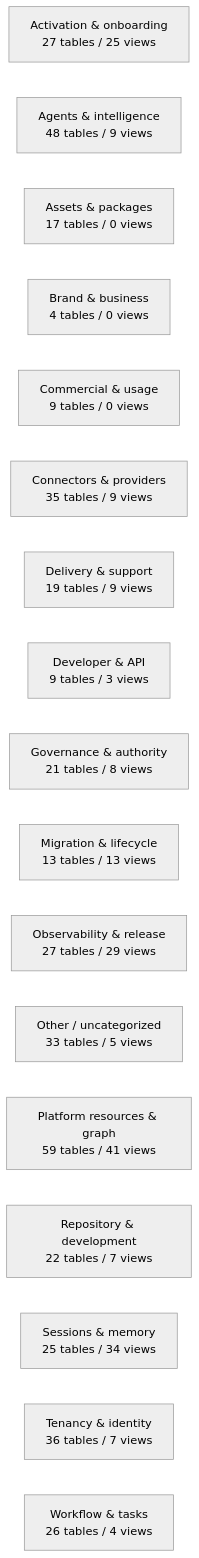
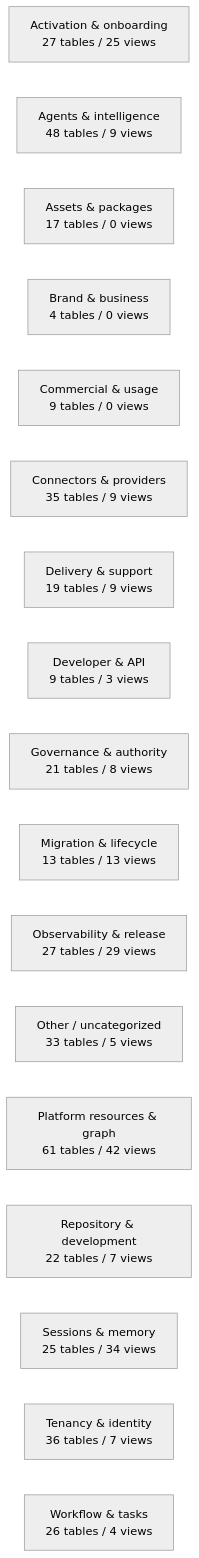
The diagram in docs/work-maps/data-model-domain-map.md (mad4bdigital-ai/multi-business-multi-role-growth-intelligence-os), drawn with Mermaid (neutral theme) before and after one commit. The commit also changed other lines of this file and 5 other files, not shown here.

````diff
--- a/docs/work-maps/data-model-domain-map.md
+++ b/docs/work-maps/data-model-domain-map.md
@@ -9,20 +9,20 @@
 ```mermaid
 flowchart LR
   n_Activation___onboarding["Activation & onboarding<br/>27 tables / 25 views"]
   n_Agents___intelligence["Agents & intelligence<br/>48 tables / 9 views"]
   n_Assets___packages["Assets & packages<br/>17 tables / 0 views"]
   n_Brand___business["Brand & business<br/>4 tables / 0 views"]
   n_Commercial___usage["Commercial & usage<br/>9 tables / 0 views"]
   n_Connectors___providers["Connectors & providers<br/>35 tables / 9 views"]
   n_Delivery___support["Delivery & support<br/>19 tables / 9 views"]
   n_Developer___API["Developer & API<br/>9 tables / 3 views"]
   n_Governance___authority["Governance & authority<br/>21 tables / 8 views"]
   n_Migration___lifecycle["Migration & lifecycle<br/>13 tables / 13 views"]
   n_Observability___release["Observability & release<br/>27 tables / 29 views"]
   n_Other___uncategorized["Other / uncategorized<br/>33 tables / 5 views"]
-  n_Platform_resources___graph["Platform resources & graph<br/>59 tables / 41 views"]
+  n_Platform_resources___graph["Platform resources & graph<br/>61 tables / 42 views"]
   n_Repository___development["Repository & development<br/>22 tables / 7 views"]
   n_Sessions___memory["Sessions & memory<br/>25 tables / 34 views"]
   n_Tenancy___identity["Tenancy & identity<br/>36 tables / 7 views"]
   n_Workflow___tasks["Workflow & tasks<br/>26 tables / 4 views"]
 ```
````
